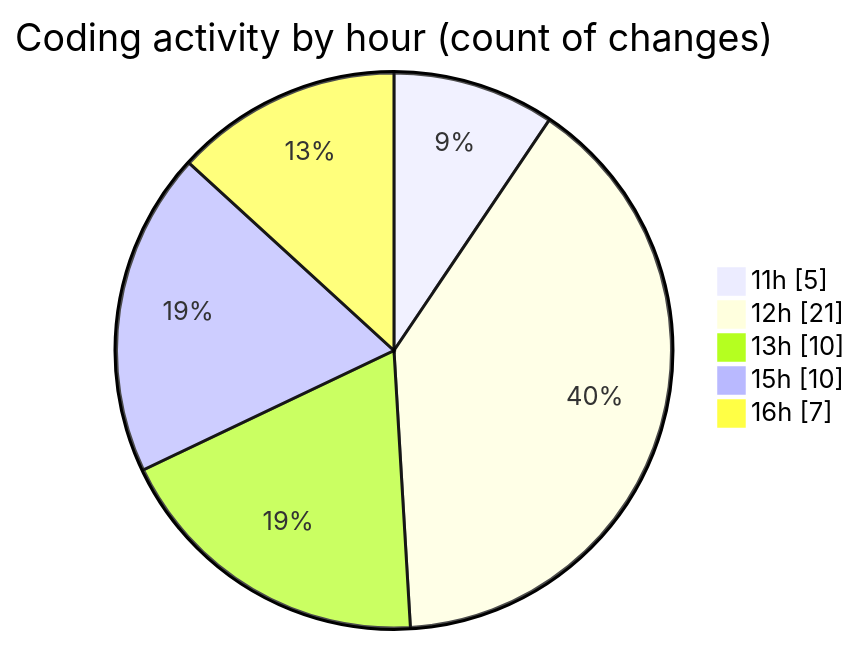
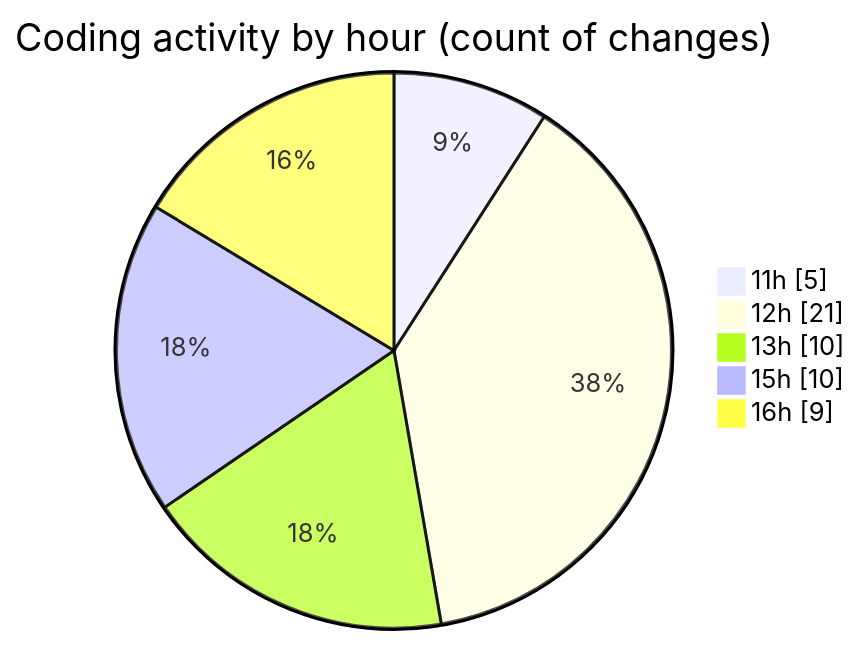
One commit to Elitesun/code-tracking changed the second of 2 diagrams in 2025-03-11/projet_stage/README.md. Above: the diagram before and after it, drawn with Mermaid. The commit also changed other lines of this file and 1 other file, not shown here.

````diff
--- a/2025-03-11/projet_stage/README.md
+++ b/2025-03-11/projet_stage/README.md
@@ -39,9 +39,9 @@
 ```mermaid
 pie showData
 title Coding activity by hour (count of changes)
 "11h" : 5
 "12h" : 21
 "13h" : 10
 "15h" : 10
-"16h" : 7
+"16h" : 9
 ```
````
